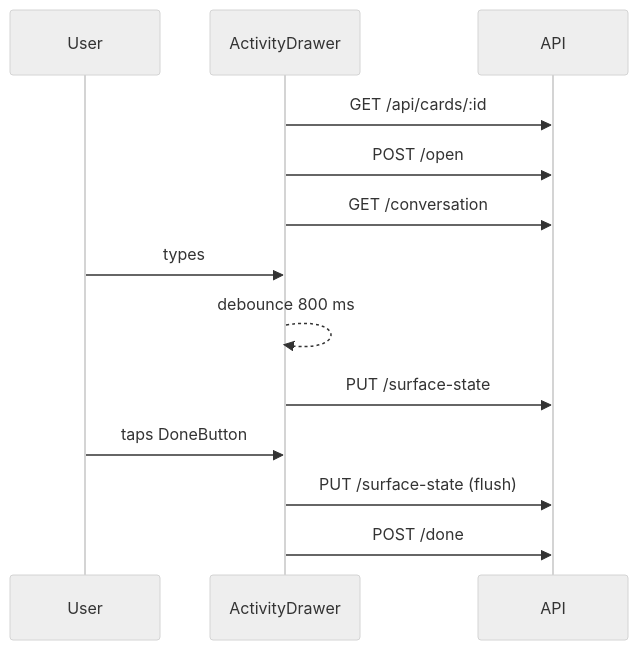
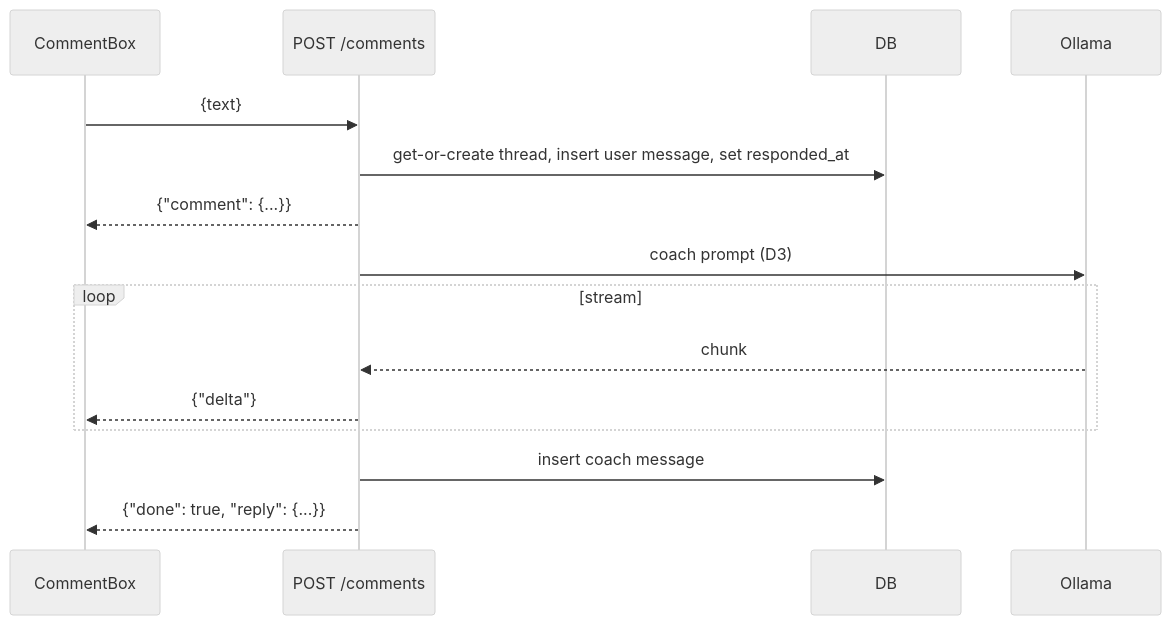
Before and after one commit to sdevikar/lifekit: the diagram in openspec/changes/card-comments/design.md, drawn with Mermaid (neutral theme). The commit also changed other lines of this file and 24 other files, not shown here.

````diff
--- a/openspec/changes/card-comments/design.md
+++ b/openspec/changes/card-comments/design.md
@@ -131,15 +53,17 @@
 ```mermaid
 sequenceDiagram
-  participant U as User
-  participant D as ActivityDrawer
-  participant A as API
-  D->>A: GET /api/cards/:id
-  D->>A: POST /open
-  D->>A: GET /conversation
-  U->>D: types
-  D-->>D: debounce 800 ms
-  D->>A: PUT /surface-state
-  U->>D: taps DoneButton
-  D->>A: PUT /surface-state (flush)
-  D->>A: POST /done
+  participant UI as CommentBox
+  participant API as POST /comments
+  participant DB
+  participant M as Ollama
+  UI->>API: {text}
+  API->>DB: get-or-create thread, insert user message, set responded_at
+  API-->>UI: {"comment": {...}}
+  API->>M: coach prompt (D3)
+  loop stream
+    M-->>API: chunk
+    API-->>UI: {"delta"}
+  end
+  API->>DB: insert coach message
+  API-->>UI: {"done": true, "reply": {...}}
 ```
````
